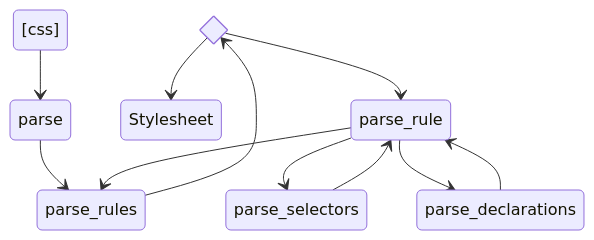
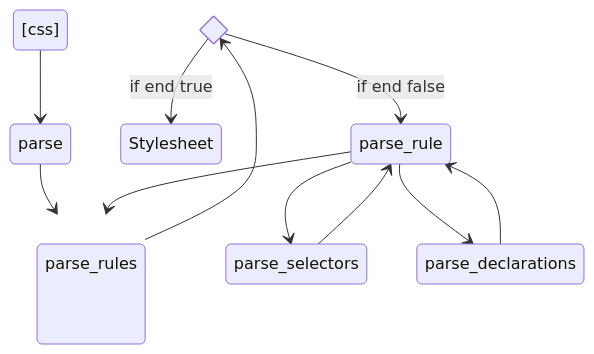
Before and after one commit to nakayan5/lets-build-a-browser-engine: the second of 2 diagrams in README.md, drawn with Mermaid.

````diff
--- a/README.md
+++ b/README.md
@@ -36,19 +36,20 @@
 ```mermaid
 stateDiagram-v2
-state end <<choice>>
+  state end <<choice>>
 
-[css] --> parse
-parse --> parse_rules
-parse_rules --> end
+  classDef parent height:100px
 
-end --> Stylesheet
-end --> parse_rule
+  [css] --> parse
+  parse --> parse_rules:::parent
+  parse_rules --> end
 
-parse_rule --> parse_rules
+  end --> Stylesheet: if end true
+  end --> parse_rule: if end false
 
-parse_rule --> parse_selectors
-parse_rule --> parse_declarations
-parse_selectors --> parse_rule
-parse_declarations --> parse_rule
+  parse_rule --> parse_rules
 
+  parse_rule --> parse_selectors
+  parse_rule --> parse_declarations
+  parse_selectors --> parse_rule
+  parse_declarations --> parse_rule
 ```
````
